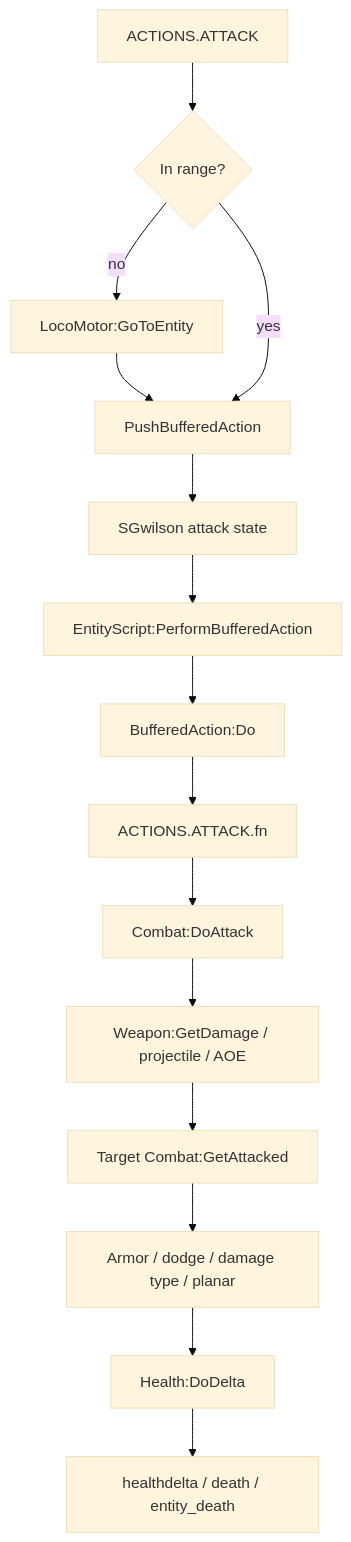
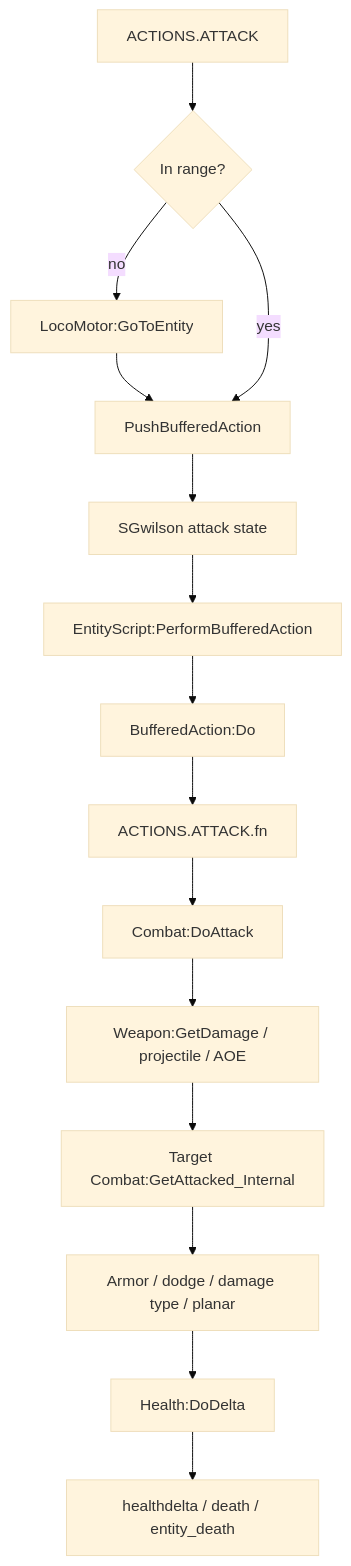
One commit to LetsStarveTogether/dst-server changed the diagram in dst-scripts/index/0x6000-gameplay-systems/0x6200-survival-combat/0x6201-combat-damage.md. Above: the diagram before and after it, drawn with Mermaid (base theme). The commit also changed other lines of this file and 11 other files, not shown here.

```diff
--- a/dst-scripts/index/0x6000-gameplay-systems/0x6200-survival-combat/0x6201-combat-damage.md
+++ b/dst-scripts/index/0x6000-gameplay-systems/0x6200-survival-combat/0x6201-combat-damage.md
@@ -102,18 +103,18 @@
 ~~~mermaid
 flowchart TD
     A["ACTIONS.ATTACK"]
     A --> B{"In range?"}
     B -->|no| C["LocoMotor:GoToEntity"]
     C --> D["PushBufferedAction"]
     B -->|yes| D
     D --> E["SGwilson attack state"]
     E --> M["EntityScript:PerformBufferedAction"]
     M --> N["BufferedAction:Do"]
     N --> F["ACTIONS.ATTACK.fn"]
     F --> G["Combat:DoAttack"]
     G --> H["Weapon:GetDamage / projectile / AOE"]
-    H --> I["Target Combat:GetAttacked"]
+    H --> I["Target Combat:GetAttacked_Internal"]
     I --> J["Armor / dodge / damage type / planar"]
     J --> K["Health:DoDelta"]
     K --> L["healthdelta / death / entity_death"]
 ~~~
```
